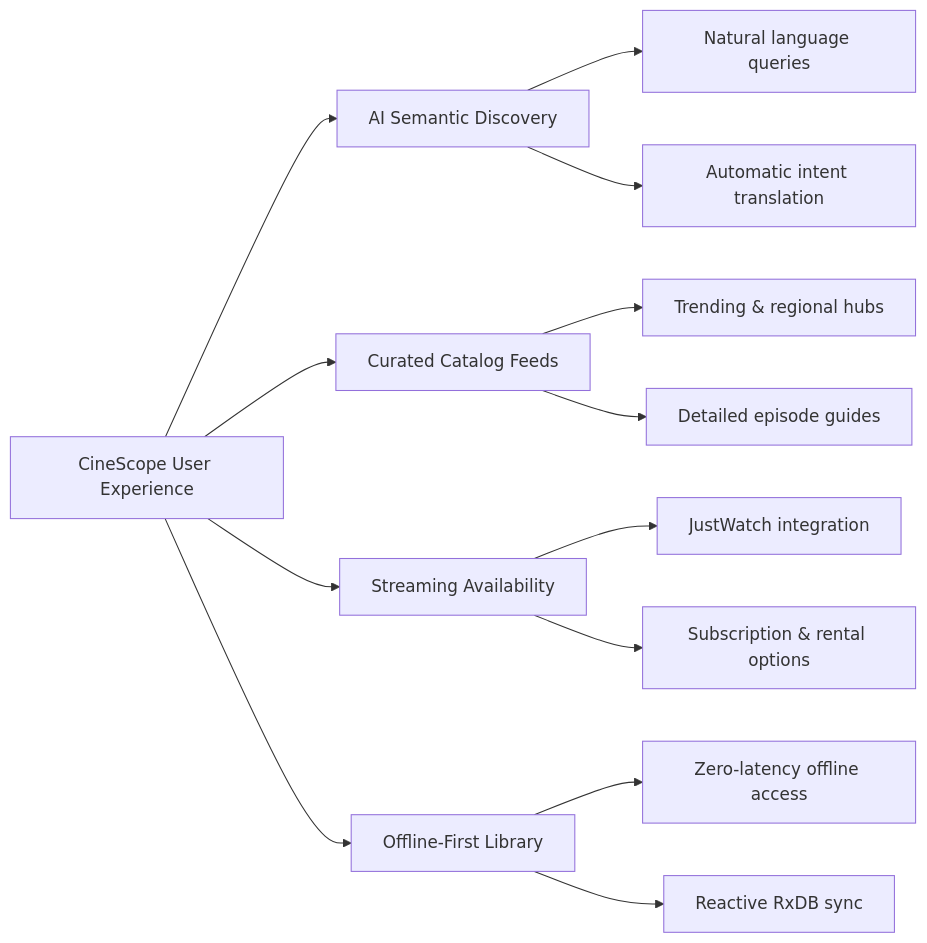
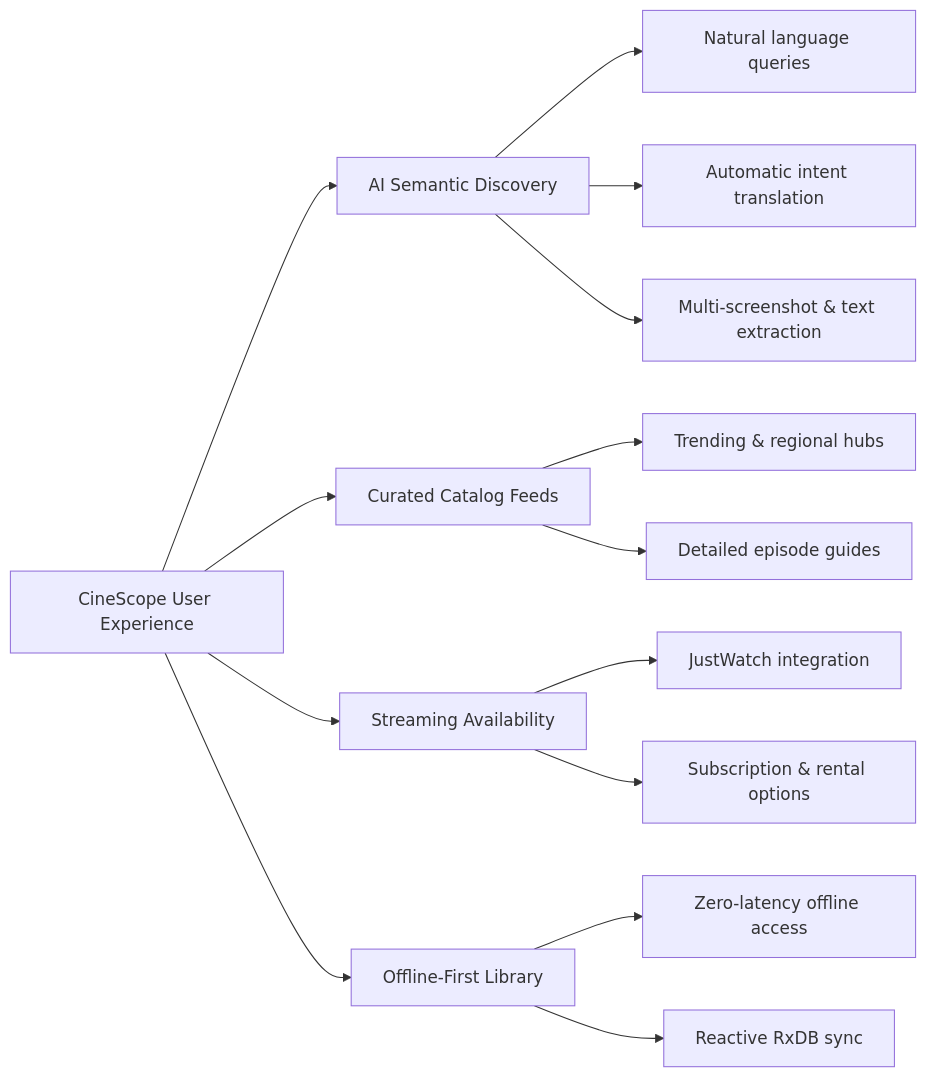
Before and after one commit to r-a-j/cinescope: the diagram in docs/user-docs/index.md, drawn with Mermaid. The commit also changed other lines of this file and 9 other files, not shown here.

````diff
--- a/docs/user-docs/index.md
+++ b/docs/user-docs/index.md
@@ -17,16 +17,17 @@
 ```mermaid
 flowchart LR
     A["CineScope User Experience"] --> B["AI Semantic Discovery"]
     A --> C["Curated Catalog Feeds"]
     A --> D["Streaming Availability"]
     A --> E["Offline-First Library"]
 
     B --> B1["Natural language queries"]
     B --> B2["Automatic intent translation"]
+    B --> B3["Multi-screenshot & text extraction"]
     C --> C1["Trending & regional hubs"]
     C --> C2["Detailed episode guides"]
     D --> D1["JustWatch integration"]
     D --> D2["Subscription & rental options"]
     E --> E1["Zero-latency offline access"]
     E --> E2["Reactive RxDB sync"]
 ```
````
